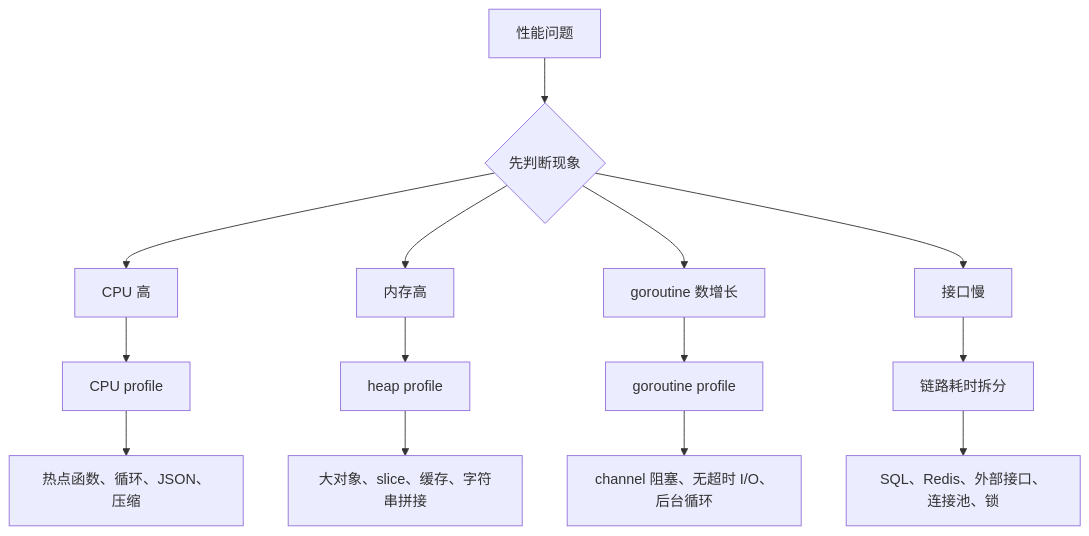
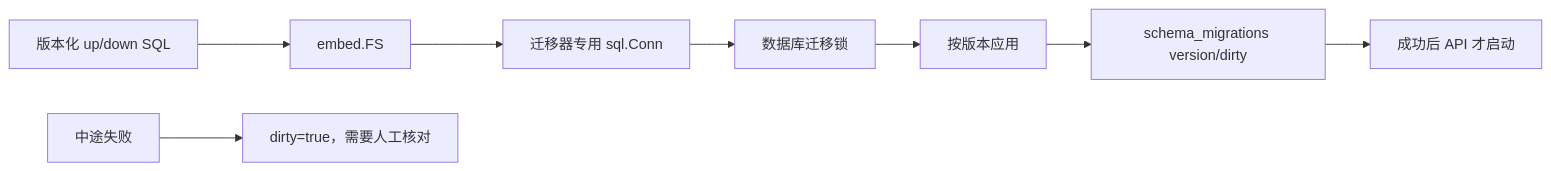
Before and after one commit to yokry-he/yok-study-web: diagram 20 of 26 in docs/go/visual-guide.md, drawn with Mermaid. The commit also changed other lines of this file and 277 other files, not shown here.

````diff
--- a/docs/go/visual-guide.md
+++ b/docs/go/visual-guide.md
@@ -191,20 +495,10 @@
 ```mermaid
-flowchart TD
-  A["性能问题"] --> B{"先判断现象"}
-  B --> C["CPU 高"]
-  B --> D["内存高"]
-  B --> E["goroutine 数增长"]
-  B --> F["接口慢"]
-
-  C --> C1["CPU profile"]
-  C1 --> C2["热点函数、循环、JSON、压缩"]
-
-  D --> D1["heap profile"]
-  D1 --> D2["大对象、slice、缓存、字符串拼接"]
-
-  E --> E1["goroutine profile"]
-  E1 --> E2["channel 阻塞、无超时 I/O、后台循环"]
-
-  F --> F1["链路耗时拆分"]
-  F1 --> F2["SQL、Redis、外部接口、连接池、锁"]
+flowchart LR
+  Files["版本化 up/down SQL"] --> Embed["embed.FS"]
+  Embed --> Migrator["迁移器专用 sql.Conn"]
+  Migrator --> Lock["数据库迁移锁"]
+  Lock --> Apply["按版本应用"]
+  Apply --> Version["schema_migrations version/dirty"]
+  Version --> App["成功后 API 才启动"]
+  Failure["中途失败"] --> Dirty["dirty=true，需要人工核对"]
 ```
````
